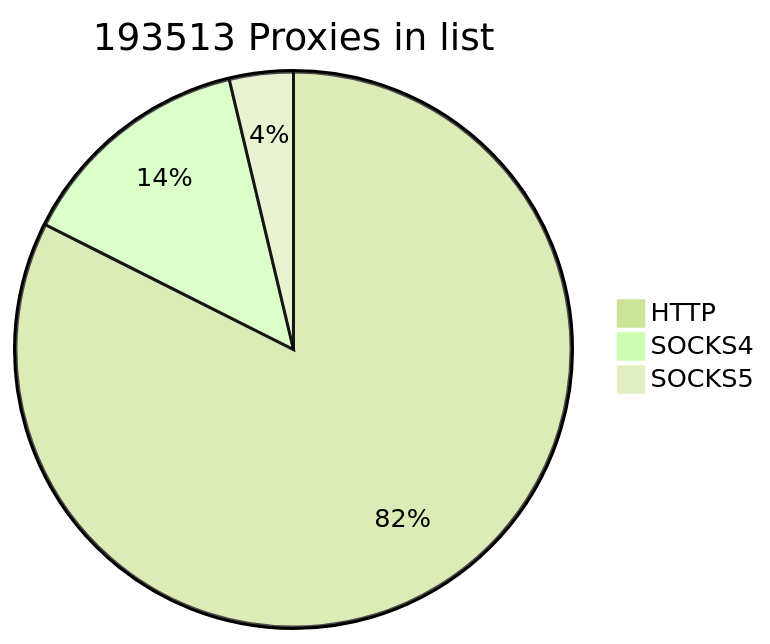
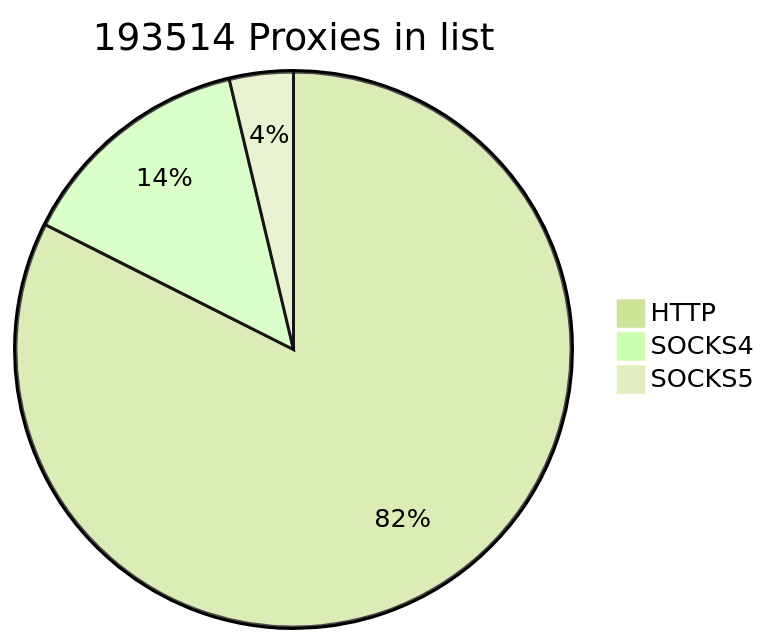
The first of 2 diagrams in README.md (cutipu/proxylist), drawn with Mermaid (forest theme) before and after one commit. The commit also changed other lines of this file, not shown here.

````diff
--- a/README.md
+++ b/README.md
@@ -2,7 +2,7 @@
 ```mermaid
-pie title 193513 Proxies in list
+pie title 193514 Proxies in list
     "HTTP" : 159492
-    "SOCKS4" : 26830
+    "SOCKS4" : 26831
     "SOCKS5" : 7191
             
 ```
````
